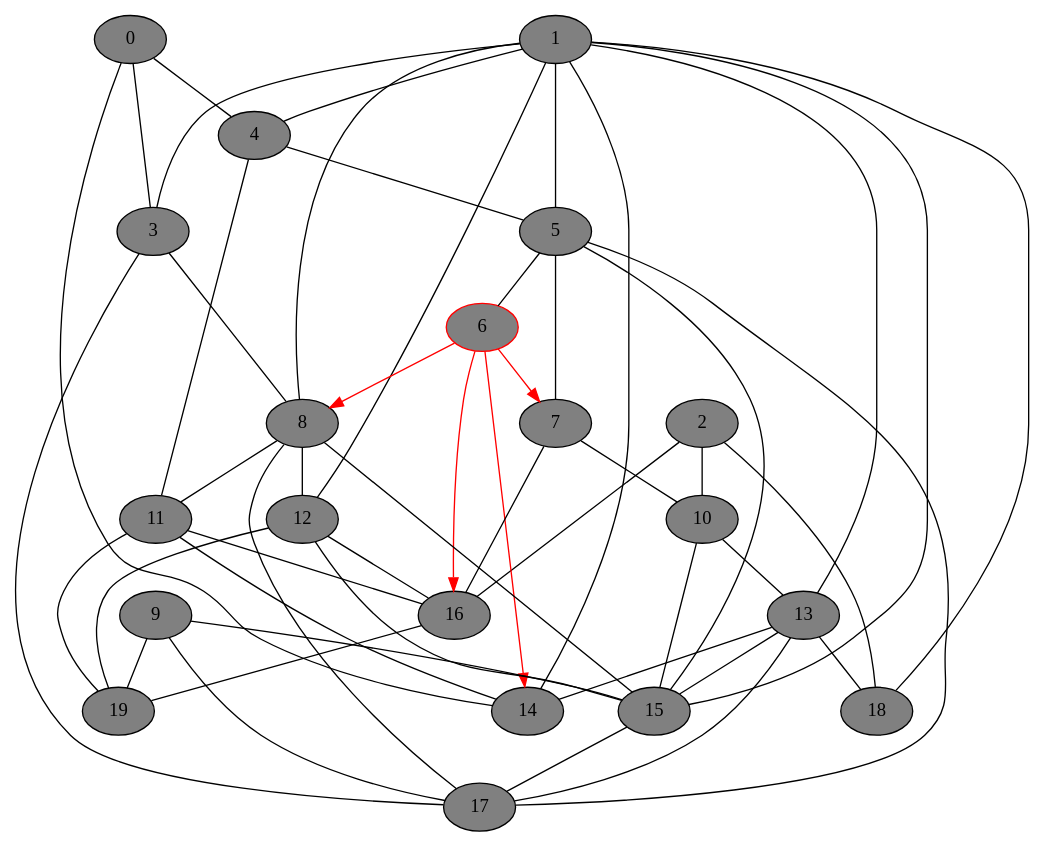
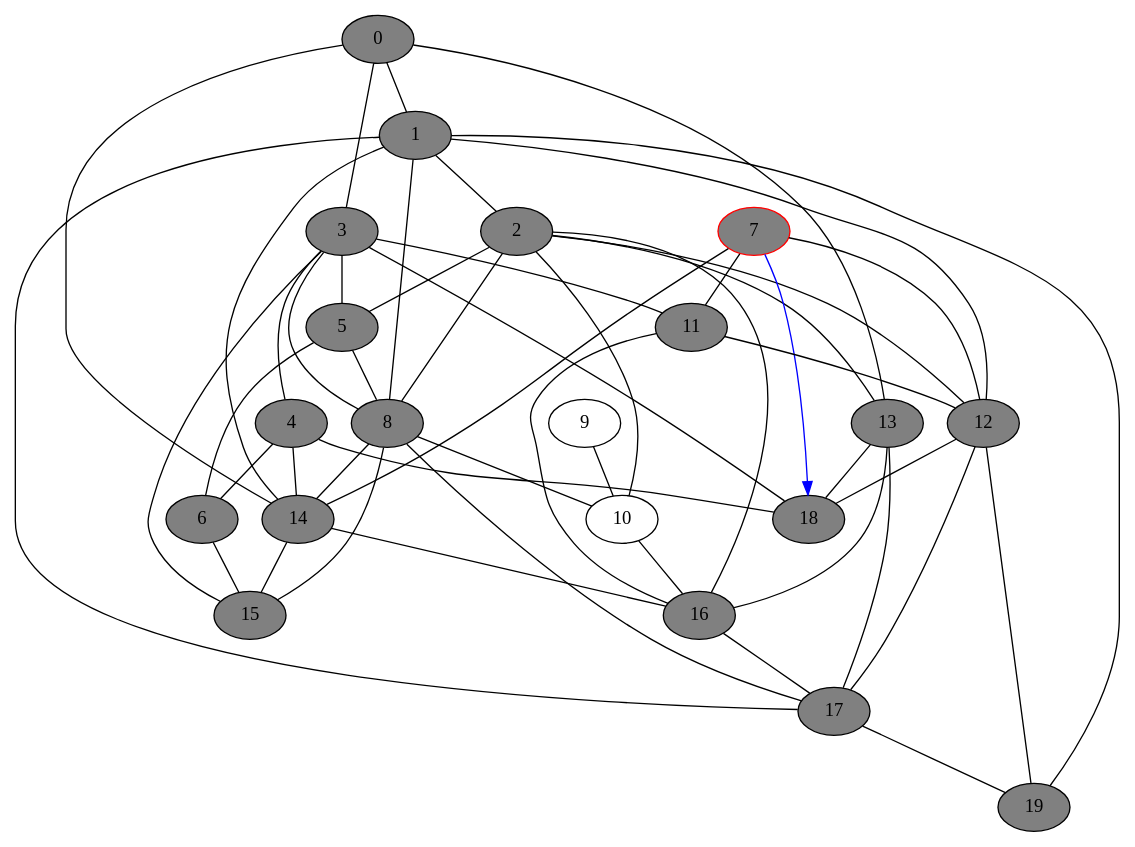
One commit to DSMishler/EBA_models changed the diagram in gv_graphs/nxt0033.dot. Above: the diagram before and after it, drawn with Graphviz. The commit also changed 387 other files, not shown here.

```diff
--- a/gv_graphs/nxt0033.dot
+++ b/gv_graphs/nxt0033.dot
@@ -1,74 +1,74 @@
 // network test graph
 digraph
 {
 	0 [fillcolor=gray,style=filled,]
 	1 [fillcolor=gray,style=filled,]
 	2 [fillcolor=gray,style=filled,]
 	3 [fillcolor=gray,style=filled,]
 	4 [fillcolor=gray,style=filled,]
 	5 [fillcolor=gray,style=filled,]
-	6 [fillcolor=gray,style=filled,color=red,]
-	7 [fillcolor=gray,style=filled,]
+	6 [fillcolor=gray,style=filled,]
+	7 [fillcolor=gray,style=filled,color=red,]
 	8 [fillcolor=gray,style=filled,]
-	9 [fillcolor=gray,style=filled,]
-	10 [fillcolor=gray,style=filled,]
+	9 []
+	10 []
 	11 [fillcolor=gray,style=filled,]
 	12 [fillcolor=gray,style=filled,]
 	13 [fillcolor=gray,style=filled,]
 	14 [fillcolor=gray,style=filled,]
 	15 [fillcolor=gray,style=filled,]
 	16 [fillcolor=gray,style=filled,]
 	17 [fillcolor=gray,style=filled,]
 	18 [fillcolor=gray,style=filled,]
 	19 [fillcolor=gray,style=filled,]
+	0 -> 1 [dir=none]
 	0 -> 3 [dir=none]
-	0 -> 4 [dir=none]
+	0 -> 13 [dir=none]
 	0 -> 14 [dir=none]
-	1 -> 3 [dir=none]
-	1 -> 4 [dir=none]
-	1 -> 5 [dir=none]
+	1 -> 2 [dir=none]
 	1 -> 8 [dir=none]
 	1 -> 12 [dir=none]
-	1 -> 13 [dir=none]
 	1 -> 14 [dir=none]
-	1 -> 15 [dir=none]
-	1 -> 18 [dir=none]
+	1 -> 17 [dir=none]
+	1 -> 19 [dir=none]
+	2 -> 5 [dir=none]
+	2 -> 8 [dir=none]
 	2 -> 10 [dir=none]
+	2 -> 12 [dir=none]
+	2 -> 13 [dir=none]
 	2 -> 16 [dir=none]
-	2 -> 18 [dir=none]
+	3 -> 4 [dir=none]
+	3 -> 5 [dir=none]
 	3 -> 8 [dir=none]
-	3 -> 17 [dir=none]
-	4 -> 5 [dir=none]
-	4 -> 11 [dir=none]
+	3 -> 11 [dir=none]
+	3 -> 15 [dir=none]
+	3 -> 18 [dir=none]
+	4 -> 6 [dir=none]
+	4 -> 14 [dir=none]
+	4 -> 18 [dir=none]
 	5 -> 6 [dir=none]
-	5 -> 7 [dir=none]
-	5 -> 15 [dir=none]
-	5 -> 17 [dir=none]
-	6 -> 7 [dir=forward,color=red,]
-	6 -> 8 [dir=forward,color=red,]
-	6 -> 14 [dir=forward,color=red,]
-	6 -> 16 [dir=forward,color=red,]
-	7 -> 10 [dir=none]
-	7 -> 16 [dir=none]
-	8 -> 11 [dir=none]
-	8 -> 12 [dir=none]
+	5 -> 8 [dir=none]
+	6 -> 15 [dir=none]
+	7 -> 11 [dir=none]
+	7 -> 12 [dir=none]
+	7 -> 14 [dir=none]
+	7 -> 18 [dir=forward,color=blue,]
+	8 -> 10 [dir=none]
+	8 -> 14 [dir=none]
 	8 -> 15 [dir=none]
 	8 -> 17 [dir=none]
-	9 -> 15 [dir=none]
-	9 -> 17 [dir=none]
-	9 -> 19 [dir=none]
-	10 -> 13 [dir=none]
-	10 -> 15 [dir=none]
-	11 -> 14 [dir=none]
+	9 -> 10 [dir=none]
+	10 -> 16 [dir=none]
+	11 -> 12 [dir=none]
 	11 -> 16 [dir=none]
-	11 -> 19 [dir=none]
-	12 -> 15 [dir=none]
-	12 -> 16 [dir=none]
+	12 -> 17 [dir=none]
+	12 -> 18 [dir=none]
 	12 -> 19 [dir=none]
-	13 -> 14 [dir=none]
-	13 -> 15 [dir=none]
+	13 -> 16 [dir=none]
 	13 -> 17 [dir=none]
 	13 -> 18 [dir=none]
-	15 -> 17 [dir=none]
-	16 -> 19 [dir=none]
+	14 -> 15 [dir=none]
+	14 -> 16 [dir=none]
+	16 -> 17 [dir=none]
+	17 -> 19 [dir=none]
 }
```
